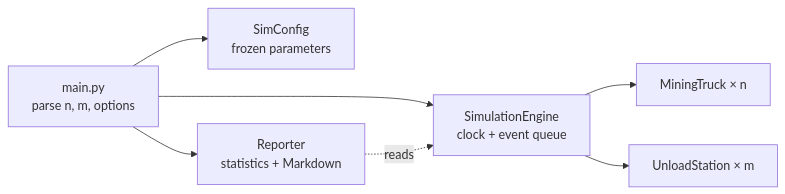
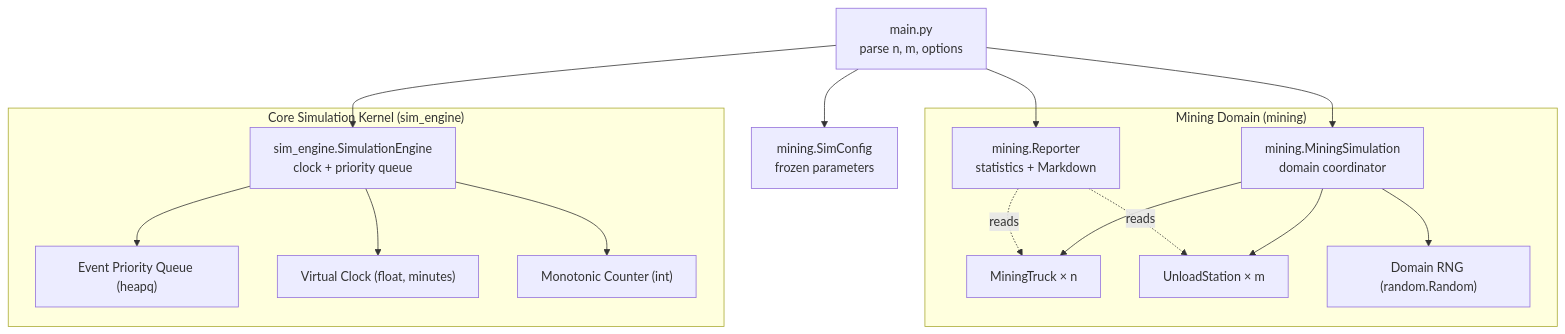
One commit to sbasu107/lunar-He3-mining-sim changed the diagram in README.md. Above: the diagram before and after it, drawn with Mermaid. The commit also changed other lines of this file and 20 other files, not shown here.

First line of the commit message:
feat: decouple simulation engine and mining domain

````diff
--- a/README.md
+++ b/README.md
@@ -71,9 +71,21 @@
 ```mermaid
-flowchart LR
-    CLI["main.py<br/>parse n, m, options"] --> Config["SimConfig<br/>frozen parameters"]
-    CLI --> Engine["SimulationEngine<br/>clock + event queue"]
-    Engine --> Trucks["MiningTruck × n"]
-    Engine --> Stations["UnloadStation × m"]
-    CLI --> Reporter["Reporter<br/>statistics + Markdown"]
-    Reporter -. reads .-> Engine
+flowchart TD
+    CLI["main.py<br/>parse n, m, options"] --> Config["mining.SimConfig<br/>frozen parameters"]
+    CLI --> Engine["sim_engine.SimulationEngine<br/>clock + priority queue"]
+    CLI --> Scenario["mining.MiningSimulation<br/>domain coordinator"]
+    CLI --> Reporter["mining.Reporter<br/>statistics + Markdown"]
+
+    subgraph "Core Simulation Kernel (sim_engine)"
+        Engine --> PQueue["Event Priority Queue (heapq)"]
+        Engine --> Clock["Virtual Clock (float, minutes)"]
+        Engine --> Seq["Monotonic Counter (int)"]
+    end
+
+    subgraph "Mining Domain (mining)"
+        Scenario --> Trucks["MiningTruck × n"]
+        Scenario --> Stations["UnloadStation × m"]
+        Scenario --> RNG["Domain RNG (random.Random)"]
+        Reporter -. reads .-> Trucks
+        Reporter -. reads .-> Stations
+    end
 ```
````
